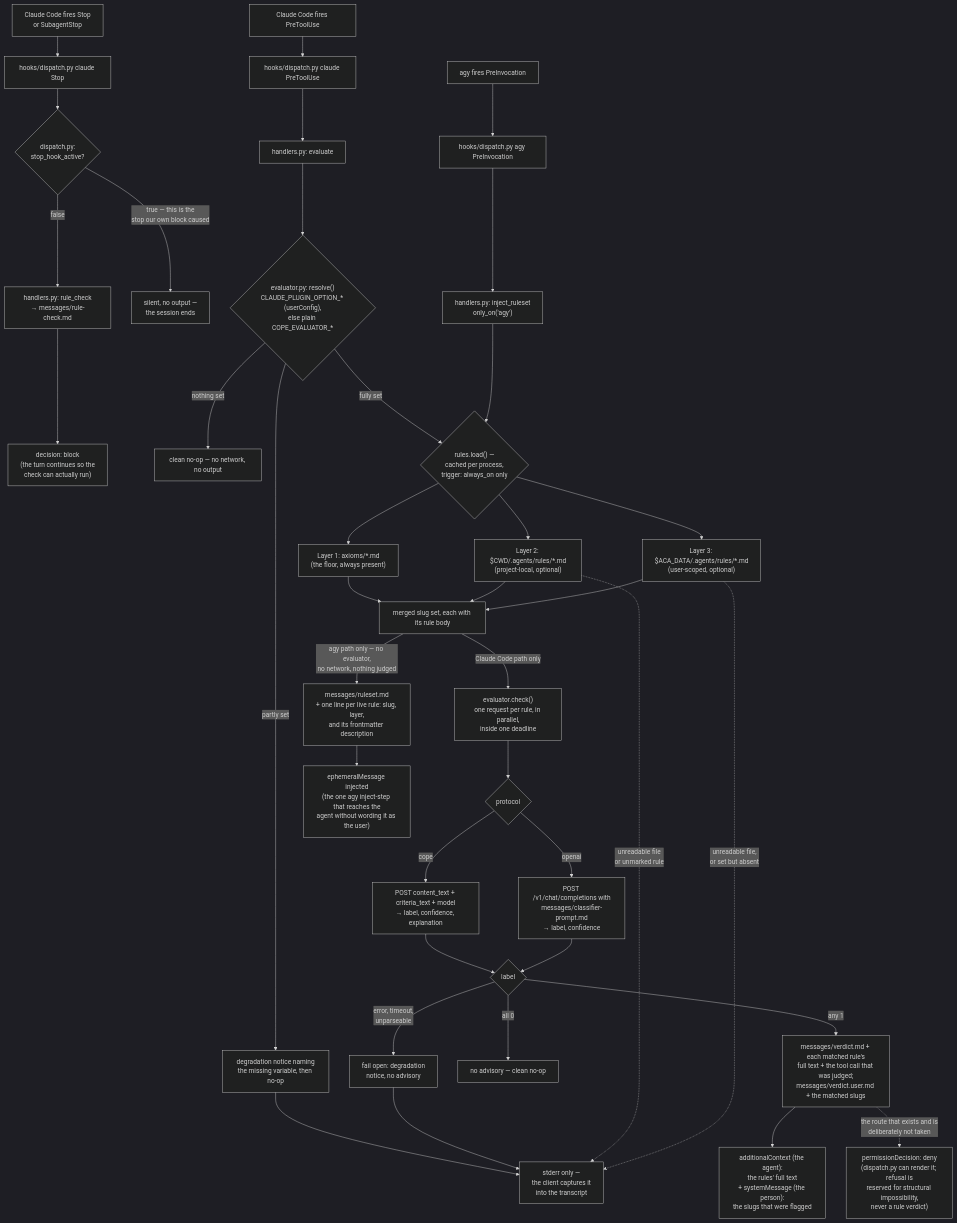
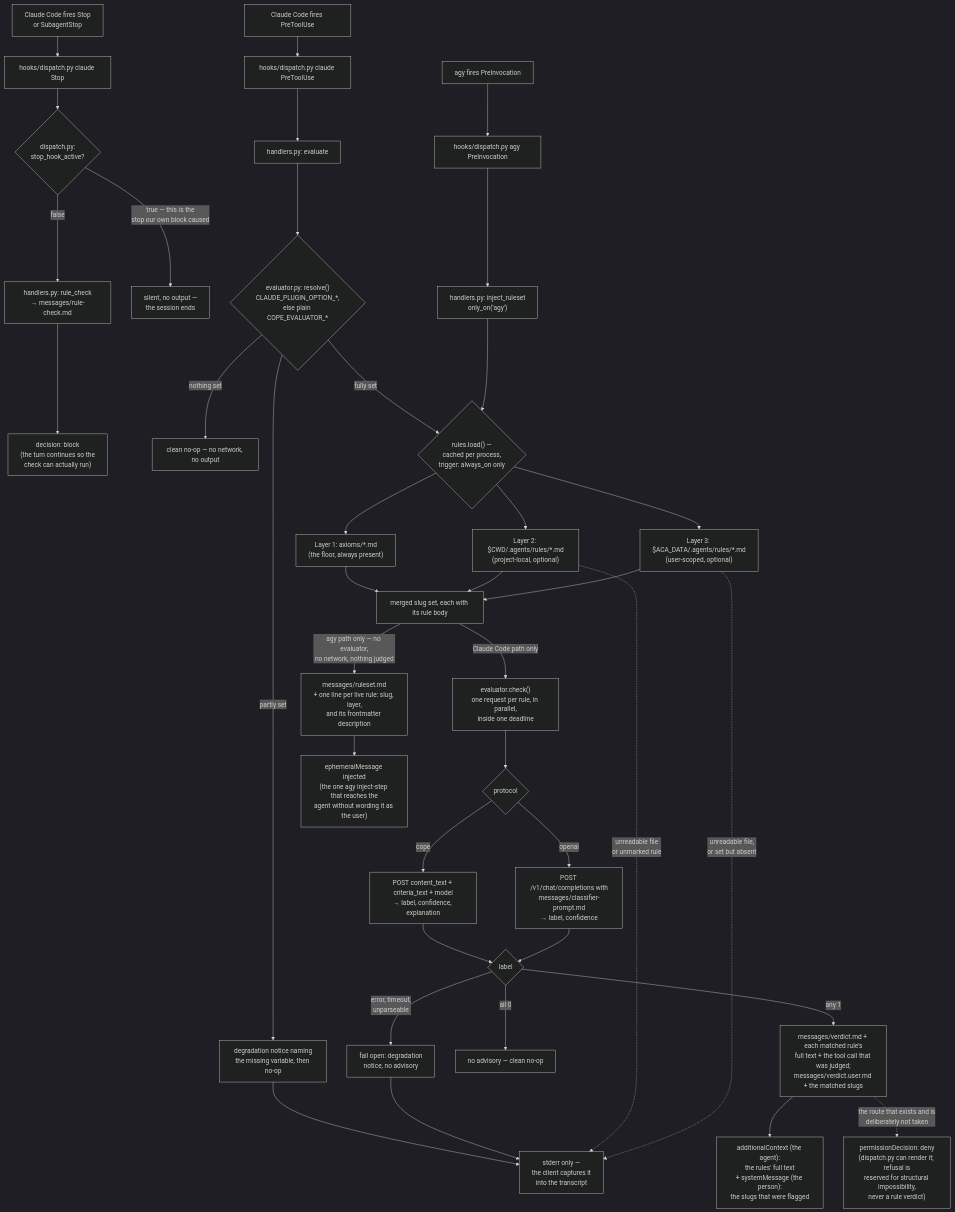
The diagram in plugins/rbg/README.md (nicsuzor/academicOps), drawn with Mermaid (dark theme) before and after one commit. The commit also changed other lines of this file and 5 other files, not shown here.

````diff
--- a/plugins/rbg/README.md
+++ b/plugins/rbg/README.md
@@ -5,47 +5,47 @@
 ```mermaid
 flowchart TD
     A[Claude Code fires PreToolUse] --> B["hooks/dispatch.py claude PreToolUse"]
     A2[agy fires PreInvocation] --> B2["hooks/dispatch.py agy PreInvocation"]
     A3[Claude Code fires Stop<br/>or SubagentStop] --> B3["hooks/dispatch.py claude Stop"]
     B --> C["handlers.py: evaluate"]
     B2 --> C2["handlers.py: inject_ruleset<br/>only_on('agy')"]
     B3 --> S{"dispatch.py:<br/>stop_hook_active?"}
     S -->|"true — this is the<br/>stop our own block caused"| S1[silent, no output —<br/>the session ends]
     S -->|false| S2["handlers.py: rule_check<br/>→ messages/rule-check.md"]
     S2 --> S3["decision: block<br/>(the turn continues so the<br/>check can actually run)"]
 
-    C --> R{"evaluator.py: resolve()<br/>CLAUDE_PLUGIN_OPTION_* (userConfig),<br/>else plain COPE_EVALUATOR_*"}
+    C --> R{"evaluator.py: resolve()<br/>CLAUDE_PLUGIN_OPTION_*,<br/>else plain COPE_EVALUATOR_*"}
     R -->|nothing set| R1[clean no-op — no network, no output]
     R -->|partly set| R2[degradation notice naming<br/>the missing variable, then no-op]
     R -->|fully set| D
 
     C2 --> D
     D{"rules.load() —<br/>cached per process,<br/>trigger: always_on only"} --> E1["Layer 1: axioms/*.md<br/>(the floor, always present)"]
     D --> E2["Layer 2: $CWD/.agents/rules/*.md<br/>(project-local, optional)"]
     D --> E3["Layer 3: $ACA_DATA/.agents/rules/*.md<br/>(user-scoped, optional)"]
     E1 --> F[merged slug set, each with its rule body]
     E2 --> F
     E3 --> F
 
     F -->|Claude Code path only| G["evaluator.check()<br/>one request per rule, in parallel,<br/>inside one deadline"]
     G --> H{"protocol"}
     H -->|cope| H1["POST content_text + criteria_text + model<br/>→ label, confidence, explanation"]
     H -->|openai| H2["POST /v1/chat/completions with<br/>messages/classifier-prompt.md<br/>→ label, confidence"]
     H1 --> I{label}
     H2 --> I
     I -->|error, timeout,<br/>unparseable| J["fail open: degradation<br/>notice, no advisory"]
     I -->|all 0| K[no advisory — clean no-op]
     I -->|any 1| L["messages/verdict.md + each matched rule's<br/>full text + the tool call that was judged;<br/>messages/verdict.user.md + the matched slugs"]
     L --> M["additionalContext (the agent):<br/>the rules' full text<br/>+ systemMessage (the person):<br/>the slugs that were flagged"]
     L -.->|the route that exists and is<br/>deliberately not taken| Z
     Z["permissionDecision: deny<br/>(dispatch.py can render it; refusal is<br/>reserved for structural impossibility,<br/>never a rule verdict)"]
 
     F -->|agy path only — no evaluator,<br/>no network, nothing judged| N["messages/ruleset.md<br/>+ one line per live rule: slug, layer,<br/>and its frontmatter description"]
     N --> O["ephemeralMessage injected<br/>(the one agy inject-step that reaches the<br/>agent without wording it as the user)"]
 
     R2 --> P
     J --> P
     E2 -.->|unreadable file<br/>or unmarked rule| P
     E3 -.->|unreadable file,<br/>or set but absent| P
     P["stderr only —<br/>the client captures it<br/>into the transcript"]
 ```
````
